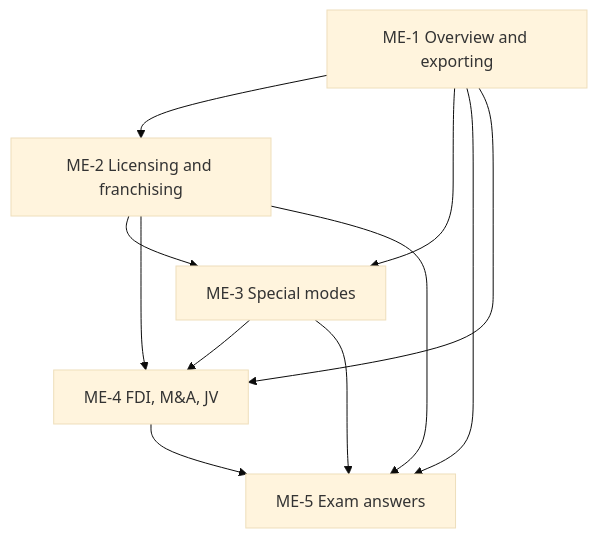
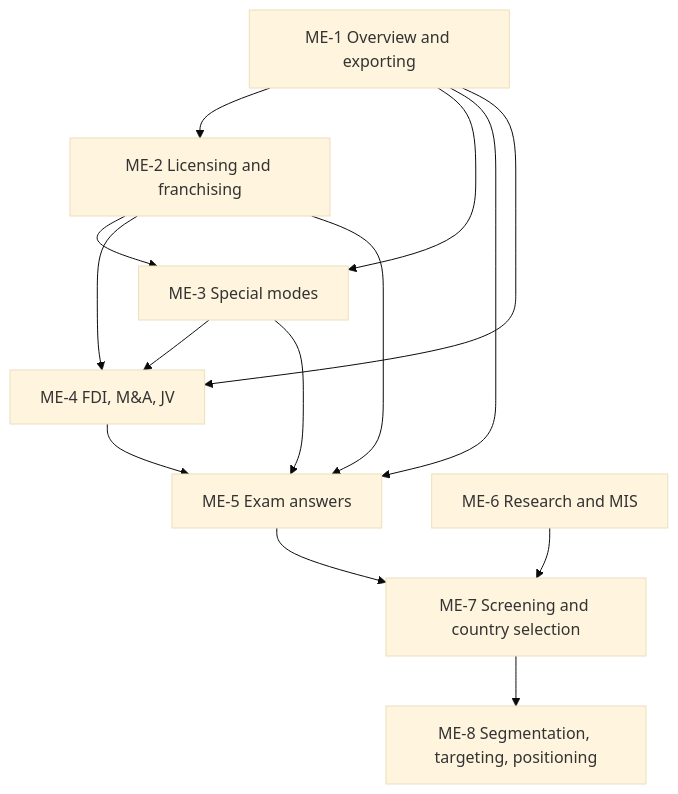
The diagram in content/recall/international-marketing/International Marketing Unit 3 - Market Entry MOC (Node Map).md (Lokiragnarock/ahhh), drawn with Mermaid (base theme) before and after one commit. The commit also changed other lines of this file and 8 other files, not shown here.

````diff
--- a/content/recall/international-marketing/International Marketing Unit 3 - Market Entry MOC (Node Map).md
+++ b/content/recall/international-marketing/International Marketing Unit 3 - Market Entry MOC (Node Map).md
@@ -28,13 +31,16 @@
 ```mermaid
 graph TD
     ME1["ME-1 Overview and exporting"] --> ME2["ME-2 Licensing and franchising"]
     ME1 --> ME3["ME-3 Special modes"]
     ME2 --> ME3
     ME2 --> ME4["ME-4 FDI, M&A, JV"]
     ME3 --> ME4
     ME4 --> ME5["ME-5 Exam answers"]
     ME1 --> ME5
     ME1 --> ME4
     ME2 --> ME5
     ME3 --> ME5
+    ME6["ME-6 Research and MIS"] --> ME7["ME-7 Screening and country selection"]
+    ME5 --> ME7
+    ME7 --> ME8["ME-8 Segmentation, targeting, positioning"]
 ```
````
